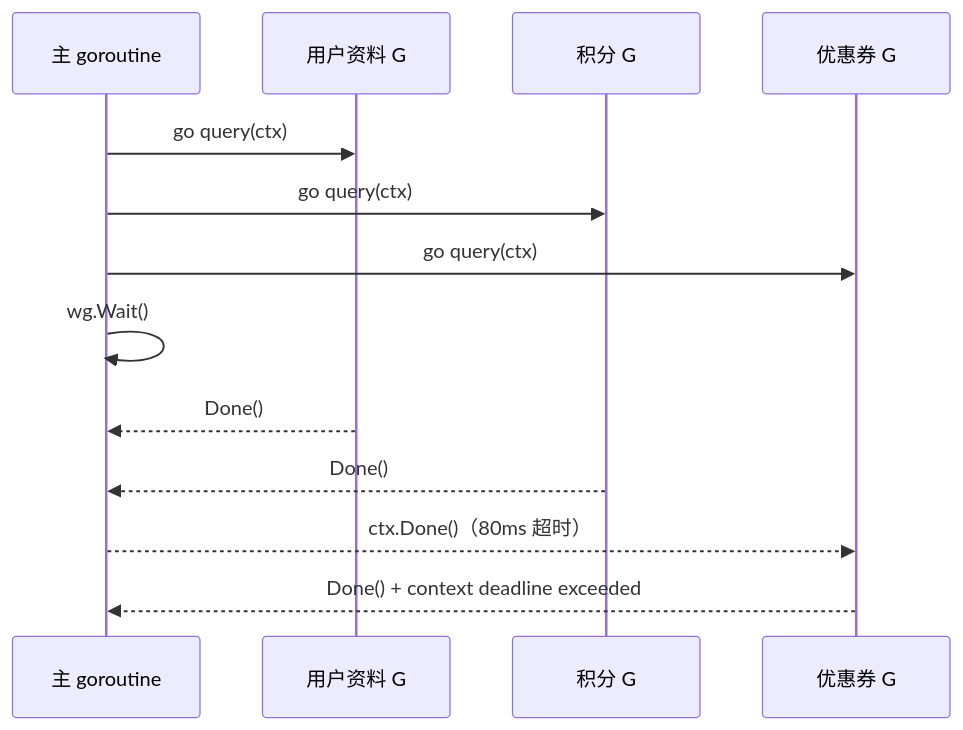
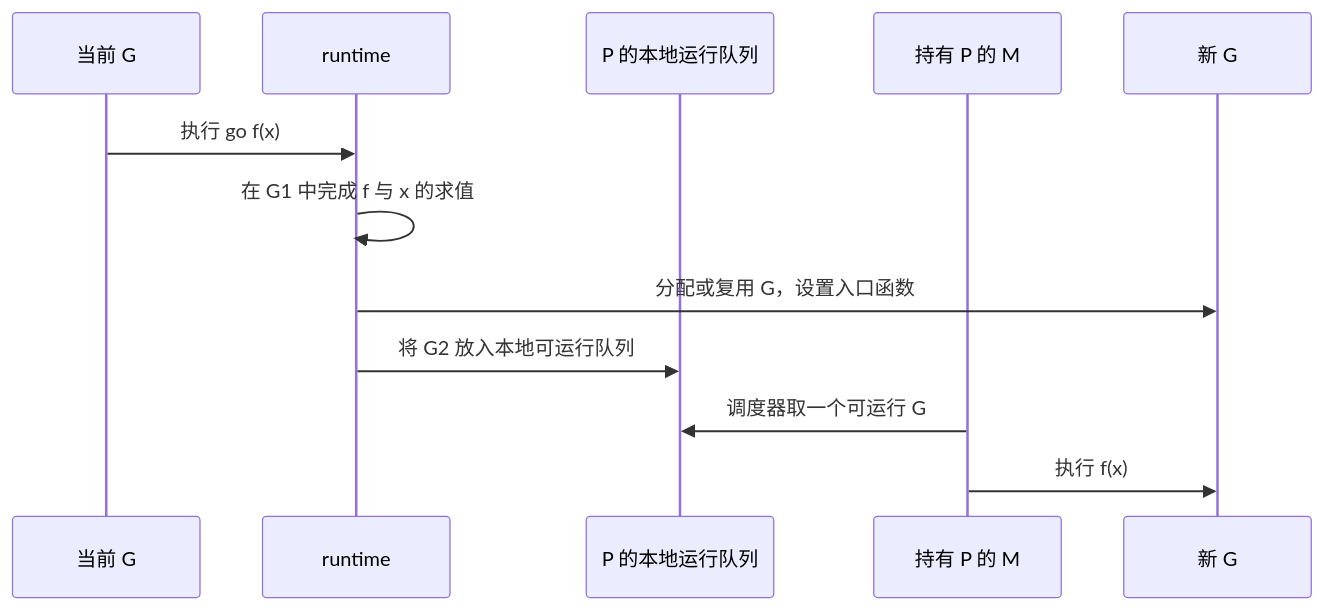
Before and after one commit to zzxrepository/gocode: the diagram in src/backend/go/advanced/02-concurrency/01-goroutines.md, drawn with Mermaid. The commit also changed other lines of this file and 3 other files, not shown here.

````diff
--- a/src/backend/go/advanced/02-concurrency/01-goroutines.md
+++ b/src/backend/go/advanced/02-concurrency/01-goroutines.md
@@ -170,15 +213,15 @@
 ```mermaid
 sequenceDiagram
-    participant M as 主 goroutine
-    participant A as 用户资料 G
-    participant B as 积分 G
-    participant C as 优惠券 G
-    M->>A: go query(ctx)
-    M->>B: go query(ctx)
-    M->>C: go query(ctx)
-    M->>M: wg.Wait()
-    A-->>M: Done()
-    B-->>M: Done()
-    M-->>C: ctx.Done()（80ms 超时）
-    C-->>M: Done() + context deadline exceeded
+    participant G1 as 当前 G
+    participant R as runtime
+    participant P as P 的本地运行队列
+    participant M as 持有 P 的 M
+    participant G2 as 新 G
+
+    G1->>R: 执行 go f(x)
+    R->>R: 在 G1 中完成 f 与 x 的求值
+    R->>G2: 分配或复用 G，设置入口函数
+    R->>P: 将 G2 放入本地可运行队列
+    M->>P: 调度器取一个可运行 G
+    M->>G2: 执行 f(x)
 ```
````
